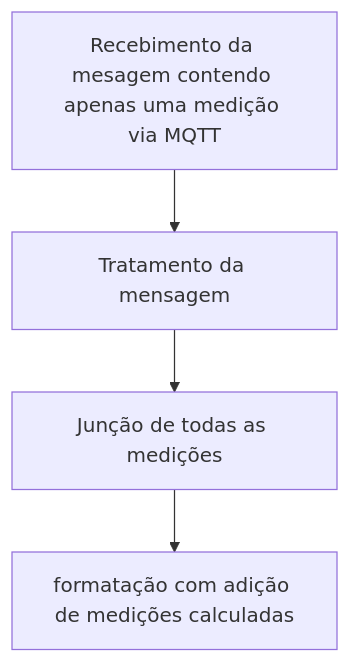
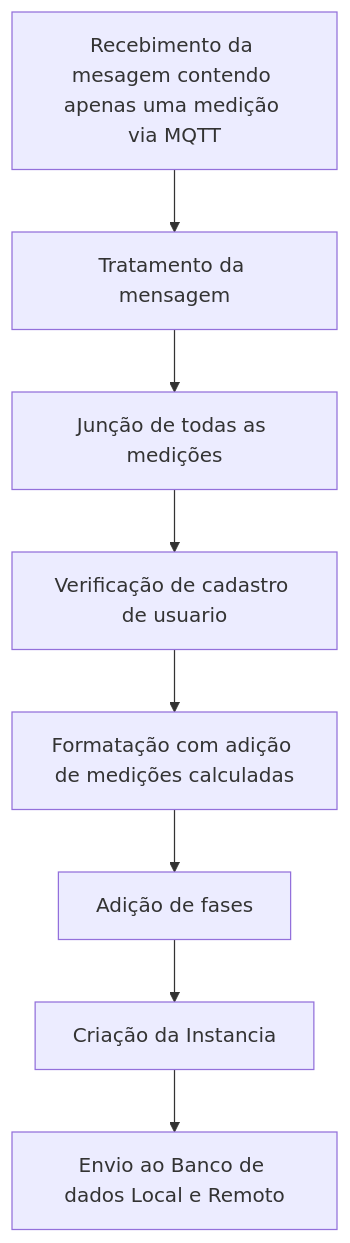
Before and after one commit to CPID-NOCS/node-red: the diagram in README.md, drawn with Mermaid.

Commit message:
:books: docs: Atualização README

````diff
--- a/README.md
+++ b/README.md
@@ -158,6 +158,10 @@
 ```mermaid
     graph TD;    
     A[Recebimento da mesagem contendo apenas uma medição via MQTT] --> B[Tratamento da mensagem] ;
     B --> C[Junção de todas as medições];
-    C --> D[formatação com adição de medições calculadas];
+    C --> D[Verificação de cadastro de usuario];
+    D --> E[Formatação com adição de medições calculadas];
+    E --> F[Adição de fases];
+    F --> G[Criação da Instancia];
+    G --> H[Envio ao Banco de dados Local e Remoto];
 ```
````
